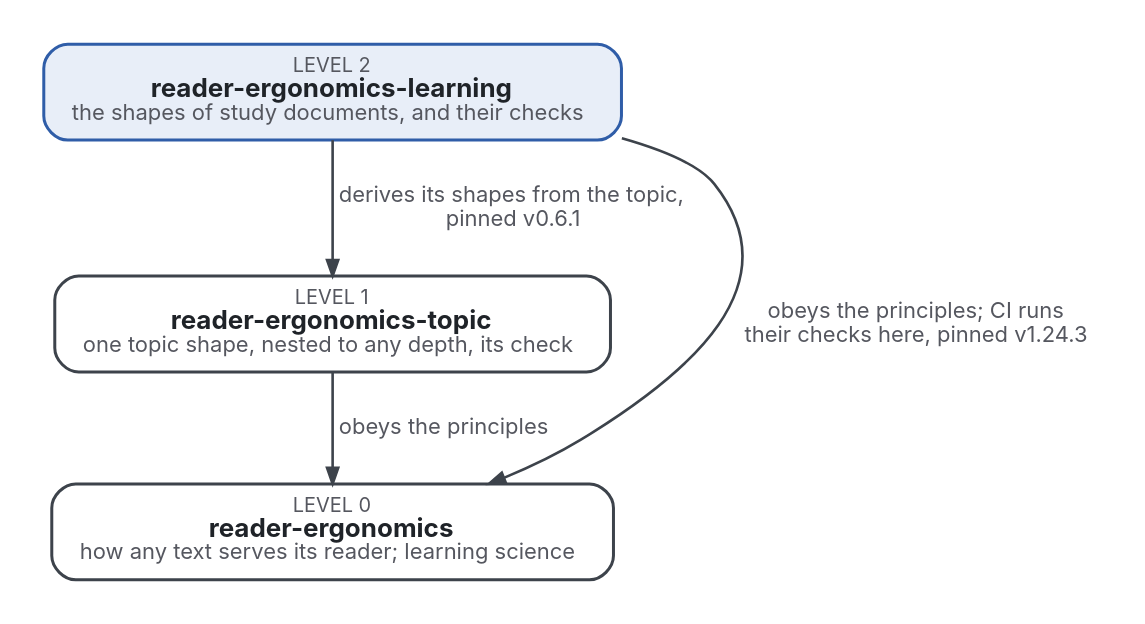
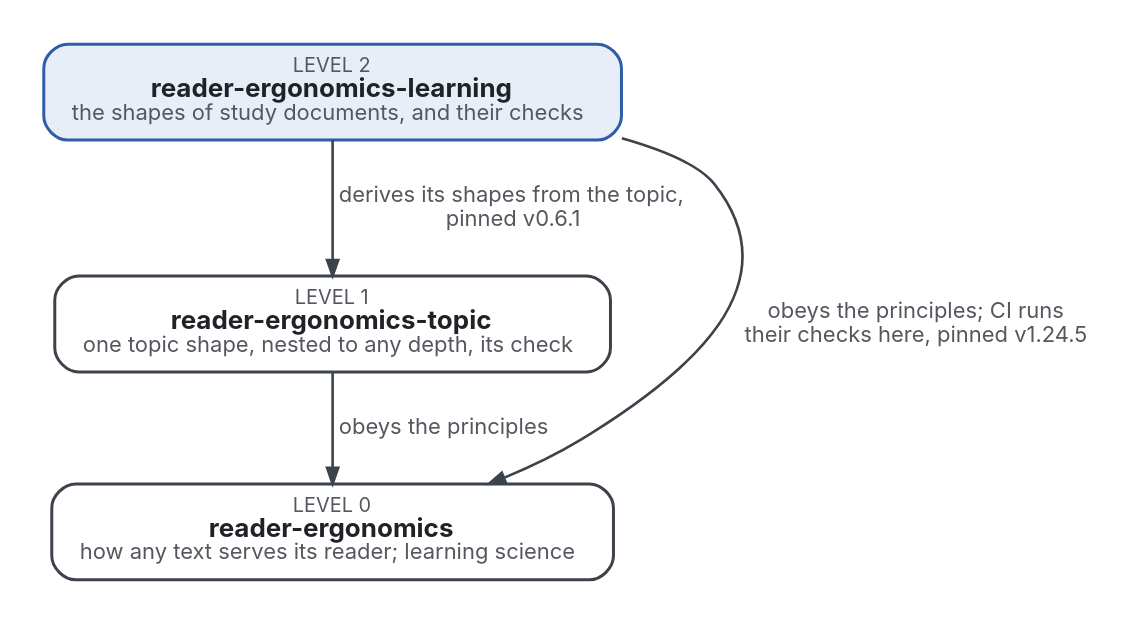
The diagram in where-it-sits.dot (Tewf/reader-ergonomics-learning), drawn with Graphviz before and after one commit. The commit also changed 32 other files, not shown here.

```diff
--- a/where-it-sits.dot
+++ b/where-it-sits.dot
@@ -1,11 +1,11 @@
 digraph levels {
   graph [rankdir=TB, nodesep=0.6, ranksep=0.6, bgcolor="white", pad=0.2, fontname="Inter"];
   node  [shape=box, style="rounded,filled", fontname="Inter", fontsize=13, margin="0.2,0.1", penwidth=1.5, fontcolor="#1F2328"];
   edge  [fontname="Inter", fontsize=11, color="#3D434B", fontcolor="#55575F", penwidth=1.3, arrowsize=0.8];
   L [label=<<font point-size="10" color="#55575F">LEVEL 2</font><br/><b>reader-ergonomics-learning</b><br/><font point-size="11" color="#55575F">the shapes of study documents, and their checks</font>>, fillcolor="#E8EEF8", color="#2F5DA8"];
   T [label=<<font point-size="10" color="#55575F">LEVEL 1</font><br/><b>reader-ergonomics-topic</b><br/><font point-size="11" color="#55575F">one topic shape, nested to any depth, its check</font>>, fillcolor="#FFFFFF", color="#3D434B"];
   R [label=<<font point-size="10" color="#55575F">LEVEL 0</font><br/><b>reader-ergonomics</b><br/><font point-size="11" color="#55575F">how any text serves its reader; learning science</font>>, fillcolor="#FFFFFF", color="#3D434B"];
   L -> T [label=<  derives its shapes from the topic,<br/>  pinned v0.6.1>];
   T -> R [label=<  obeys the principles>];
-  L -> R [label=<  obeys the principles; CI runs<br/>  their checks here, pinned v1.24.3>, constraint=false];
+  L -> R [label=<  obeys the principles; CI runs<br/>  their checks here, pinned v1.24.5>, constraint=false];
 }
```
